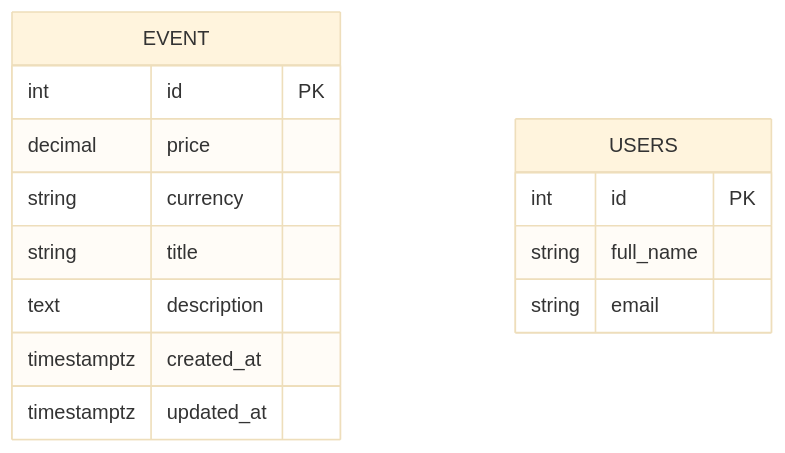
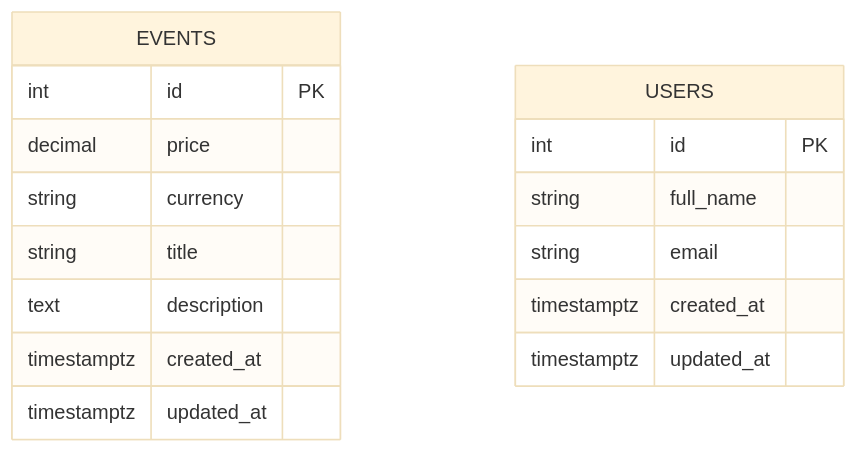
One commit to ftshn84/event-startup changed the diagram in database/readme.md. Above: the diagram before and after it, drawn with Mermaid (base theme). The commit also changed 3 other files, not shown here.

Commit message:
Add events and users tables with seed data; update ERD in README

````diff
--- a/database/readme.md
+++ b/database/readme.md
@@ -3,17 +3,19 @@
 ```mermaid
 erDiagram
-    EVENT {
+    EVENTS {
         int id PK
         decimal price
         string currency
         string title
         text description
         timestamptz created_at
         timestamptz updated_at
     }
      USERS {
         int id PK
         string full_name
         string email
+        timestamptz created_at
+        timestamptz updated_at
     }
 ```
````
